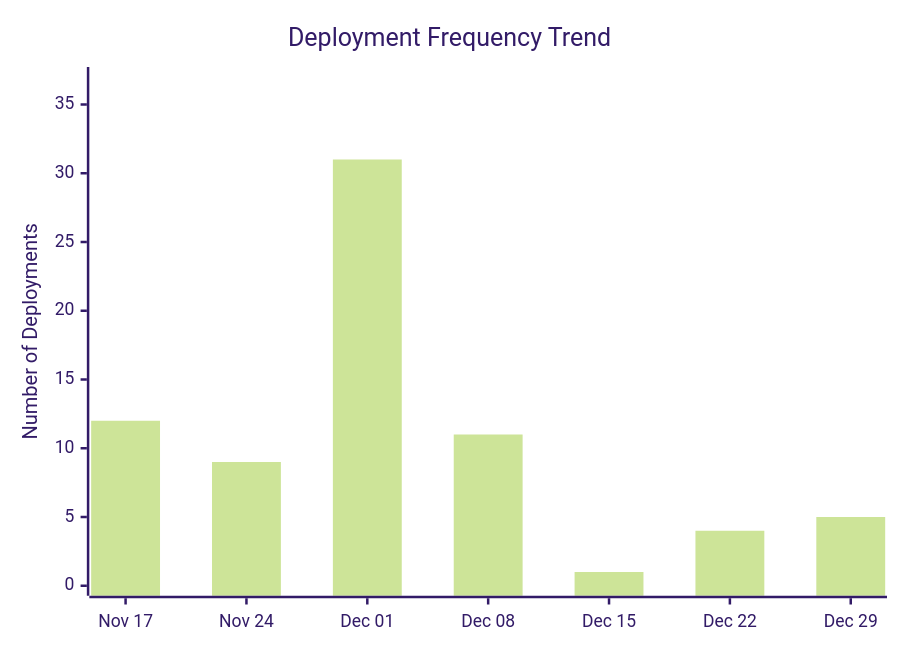
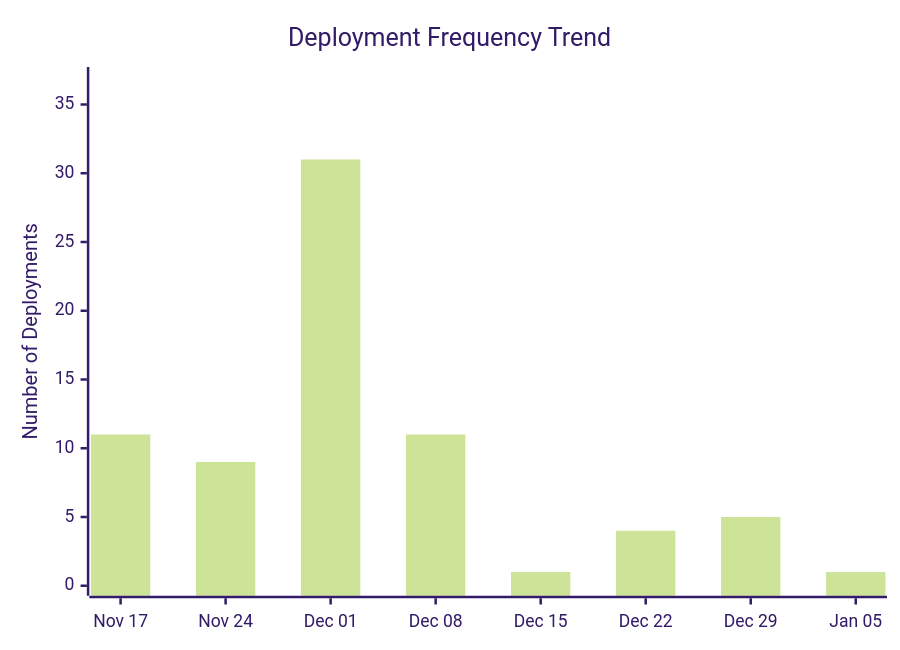
Before and after one commit to ukma-cs-ssdm-2025/rate-ukma: the third of 4 diagrams in docs/ci-cd/dora-summary.md, drawn with Mermaid (forest theme). The commit also changed other lines of this file, not shown here.

````diff
--- a/docs/ci-cd/dora-summary.md
+++ b/docs/ci-cd/dora-summary.md
@@ -50,7 +50,7 @@
 ```mermaid
 xychart-beta
     title "Deployment Frequency Trend"
-    x-axis ["Nov 17", "Nov 24", "Dec 01", "Dec 08", "Dec 15", "Dec 22", "Dec 29"]
+    x-axis ["Nov 17", "Nov 24", "Dec 01", "Dec 08", "Dec 15", "Dec 22", "Dec 29", "Jan 05"]
     y-axis "Number of Deployments" 0 --> 37
-    bar [12.00, 9.00, 31.00, 11.00, 1.00, 4.00, 5.00]
+    bar [11.00, 9.00, 31.00, 11.00, 1.00, 4.00, 5.00, 1.00]
 ```
````
